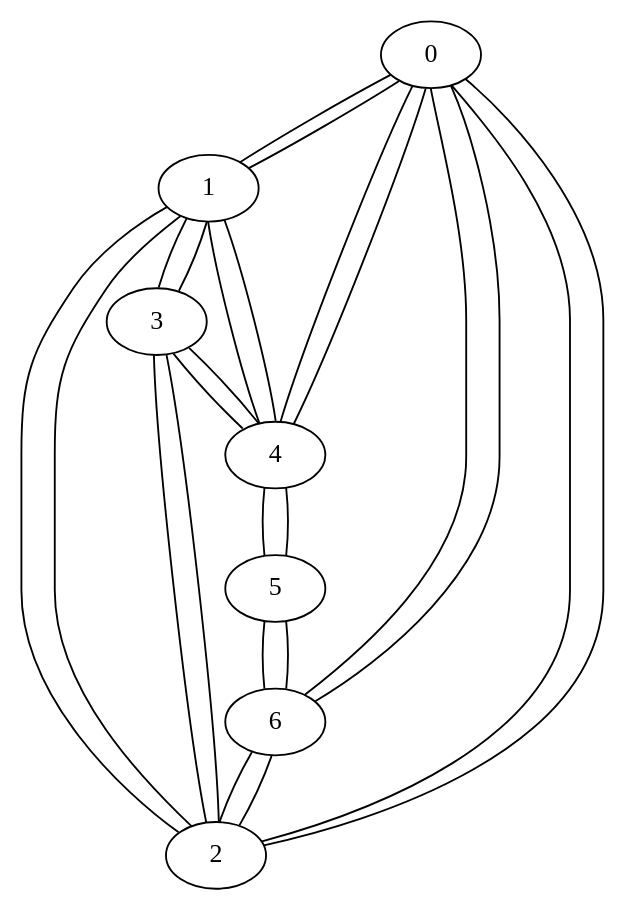
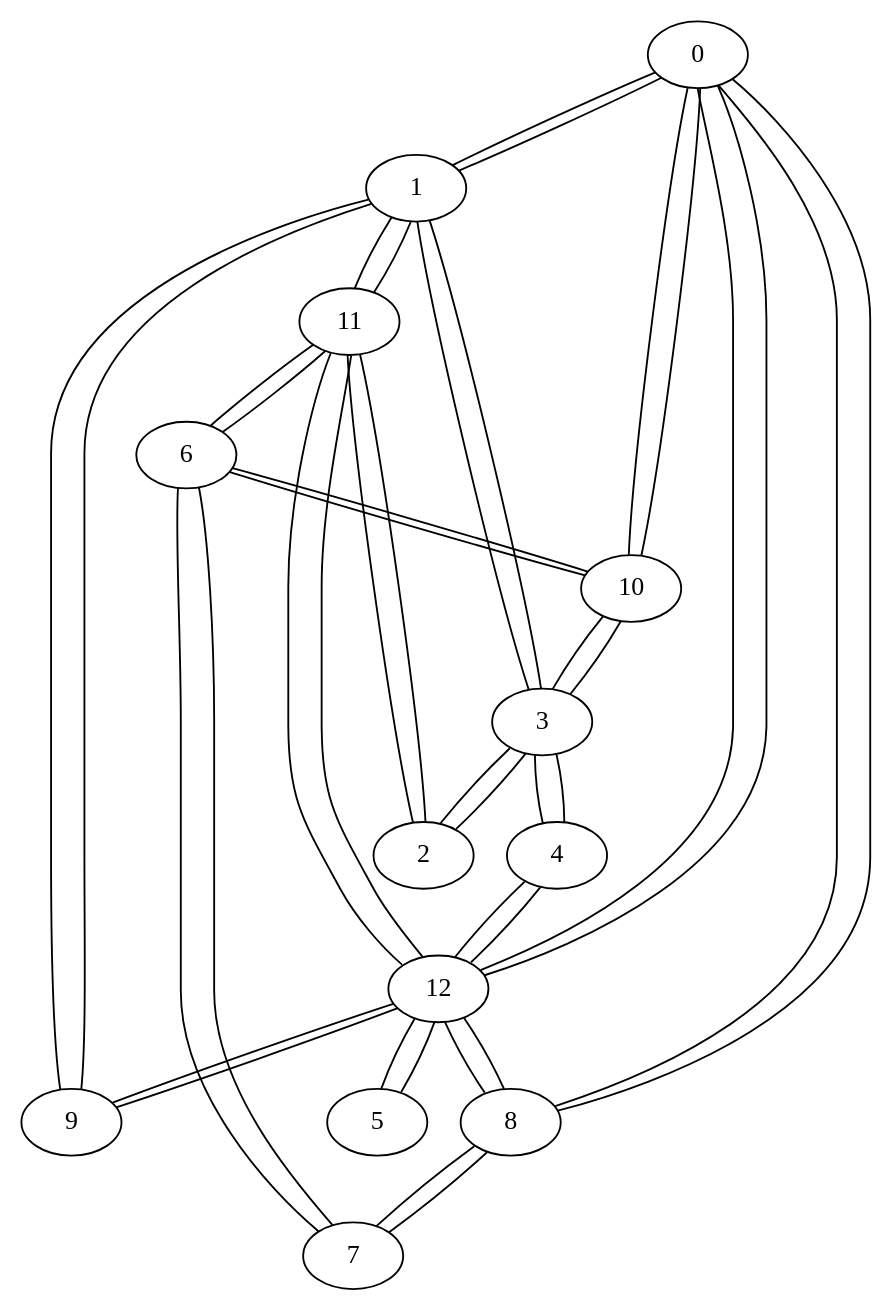
One commit to AnastasiiaSky/SimpleNavigator-v1.0 changed the diagram in src/output.dot. Above: the diagram before and after it, drawn with Graphviz. The commit also changed 16 other files, not shown here.

```diff
--- a/src/output.dot
+++ b/src/output.dot
@@ -1,26 +1,42 @@
 graph G {
   0 -- 1;
-  0 -- 2;
-  0 -- 4;
-  0 -- 6;
+  0 -- 8;
+  0 -- 10;
+  0 -- 12;
   1 -- 0;
-  1 -- 2;
   1 -- 3;
-  1 -- 4;
-  2 -- 0;
-  2 -- 1;
+  1 -- 9;
+  1 -- 11;
   2 -- 3;
-  2 -- 6;
+  2 -- 11;
   3 -- 1;
   3 -- 2;
   3 -- 4;
-  4 -- 0;
-  4 -- 1;
+  3 -- 10;
   4 -- 3;
-  4 -- 5;
-  5 -- 4;
-  5 -- 6;
-  6 -- 0;
-  6 -- 2;
-  6 -- 5;
+  4 -- 12;
+  5 -- 12;
+  6 -- 7;
+  6 -- 10;
+  6 -- 11;
+  7 -- 6;
+  7 -- 8;
+  8 -- 0;
+  8 -- 7;
+  8 -- 12;
+  9 -- 1;
+  9 -- 12;
+  10 -- 0;
+  10 -- 3;
+  10 -- 6;
+  11 -- 1;
+  11 -- 2;
+  11 -- 6;
+  11 -- 12;
+  12 -- 0;
+  12 -- 4;
+  12 -- 5;
+  12 -- 8;
+  12 -- 9;
+  12 -- 11;
 }
```
